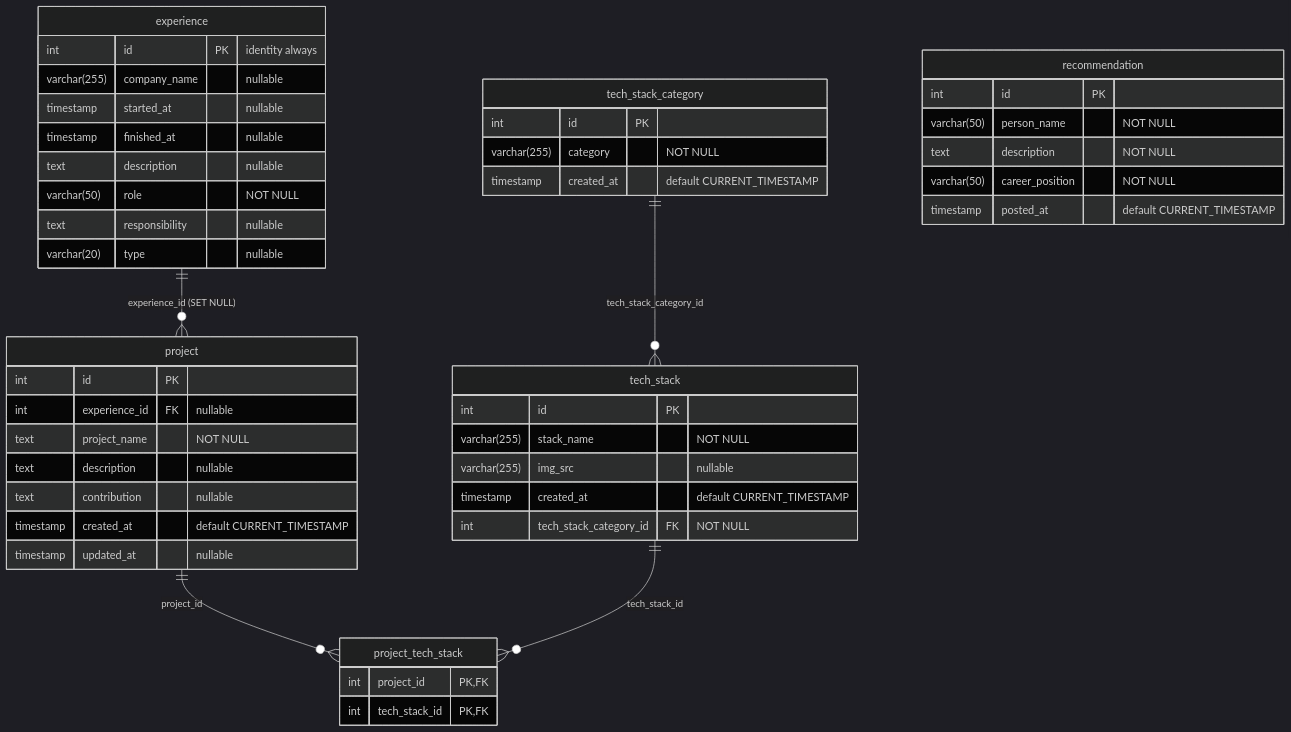
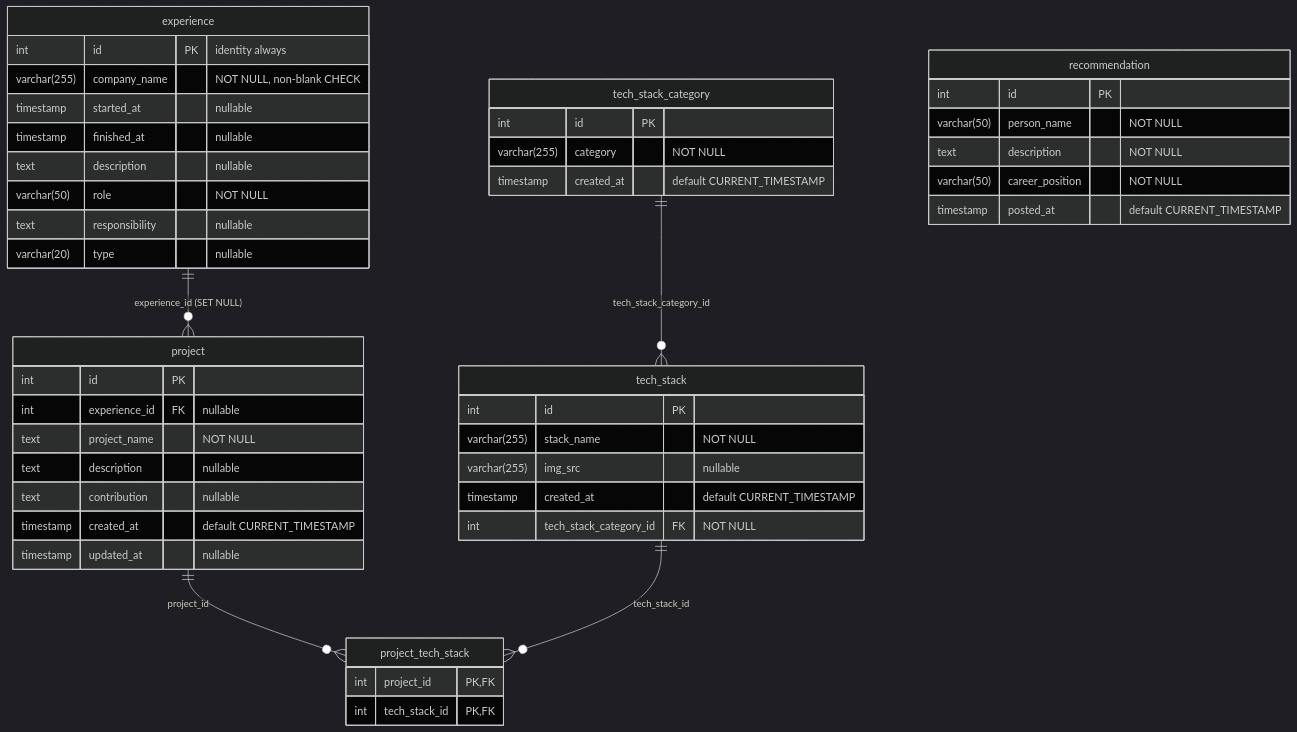
The diagram in .github/docs/database.md (jobearry/jg-core-backend), drawn with Mermaid (dark theme) before and after one commit. The commit also changed other lines of this file and 43 other files, not shown here.

First line of the commit message:
feat: enforce company name requirement in experience entity

````diff
--- a/.github/docs/database.md
+++ b/.github/docs/database.md
@@ -8,55 +8,55 @@
 ```mermaid
 erDiagram
     experience ||--o{ project : "experience_id (SET NULL)"
     project ||--o{ project_tech_stack : "project_id"
     tech_stack ||--o{ project_tech_stack : "tech_stack_id"
     tech_stack_category ||--o{ tech_stack : "tech_stack_category_id"
 
     experience {
         int id PK "identity always"
-        varchar(255) company_name "nullable"
+        varchar(255) company_name "NOT NULL, non-blank CHECK"
         timestamp started_at "nullable"
         timestamp finished_at "nullable"
         text description "nullable"
         varchar(50) role "NOT NULL"
         text responsibility "nullable"
         varchar(20) type "nullable"
     }
 
     project {
         int id PK
         int experience_id FK "nullable"
         text project_name "NOT NULL"
         text description "nullable"
         text contribution "nullable"
         timestamp created_at "default CURRENT_TIMESTAMP"
         timestamp updated_at "nullable"
     }
 
     project_tech_stack {
         int project_id PK,FK
         int tech_stack_id PK,FK
     }
 
     tech_stack {
         int id PK
         varchar(255) stack_name "NOT NULL"
         varchar(255) img_src "nullable"
         timestamp created_at "default CURRENT_TIMESTAMP"
         int tech_stack_category_id FK "NOT NULL"
     }
 
     tech_stack_category {
         int id PK
         varchar(255) category "NOT NULL"
         timestamp created_at "default CURRENT_TIMESTAMP"
     }
 
     recommendation {
         int id PK
         varchar(50) person_name "NOT NULL"
         text description "NOT NULL"
         varchar(50) career_position "NOT NULL"
         timestamp posted_at "default CURRENT_TIMESTAMP"
     }
 ```
````
